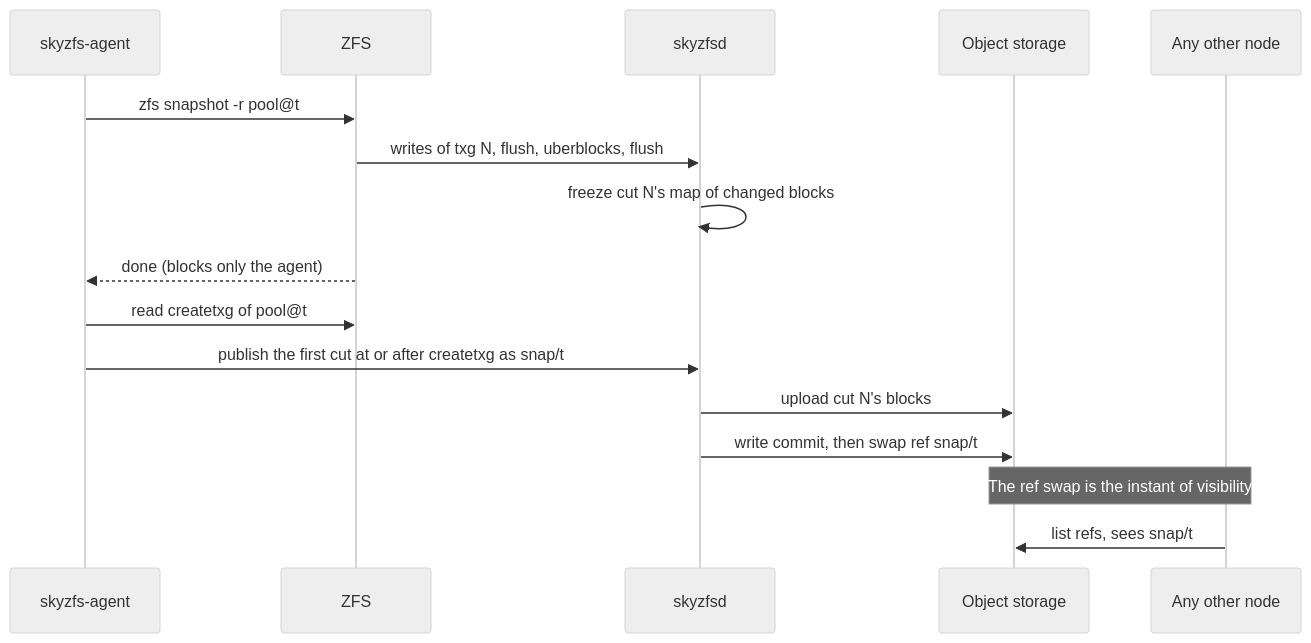
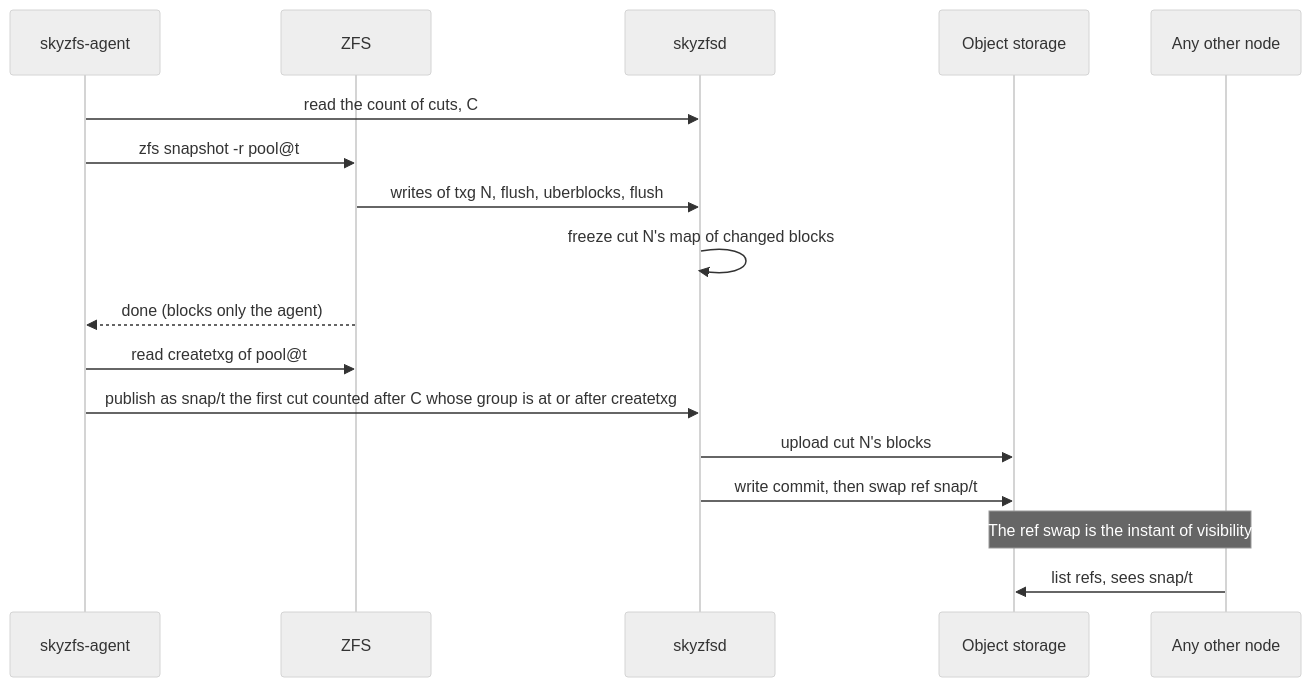
Before and after one commit to skyzfs/skyzfs: the third of 5 diagrams in docs/skyzfs-design.md, drawn with Mermaid (neutral theme). The commit also changed other lines of this file, not shown here.

Commit message:
Design §5.2: a snapshot is published by a cut counted after the snapshot was asked for
A finding of the automatic review on the design pull request. After a
rewind import, cuts of the abandoned history carry higher transaction
group numbers, so a threshold on createtxg alone could publish a cut
without the snapshot. The agent reads the daemon's count of cuts before
taking the snapshot, and the daemon publishes the first later cut at or
after createtxg. M2's criterion tests it.

````diff
--- a/docs/skyzfs-design.md
+++ b/docs/skyzfs-design.md
@@ -305,19 +305,20 @@
 ```mermaid
 sequenceDiagram
     participant A as skyzfs-agent
     participant Z as ZFS
     participant D as skyzfsd
     participant O as Object storage
     participant B as Any other node
 
+    A->>D: read the count of cuts, C
     A->>Z: zfs snapshot -r pool@t
     Z->>D: writes of txg N, flush, uberblocks, flush
     D->>D: freeze cut N's map of changed blocks
     Z-->>A: done (blocks only the agent)
     A->>Z: read createtxg of pool@t
-    A->>D: publish the first cut at or after createtxg as snap/t
+    A->>D: publish as snap/t the first cut counted after C whose group is at or after createtxg
     D->>O: upload cut N's blocks
     D->>O: write commit, then swap ref snap/t
     Note over O,B: The ref swap is the instant of visibility
     B->>O: list refs, sees snap/t
 ```
````
